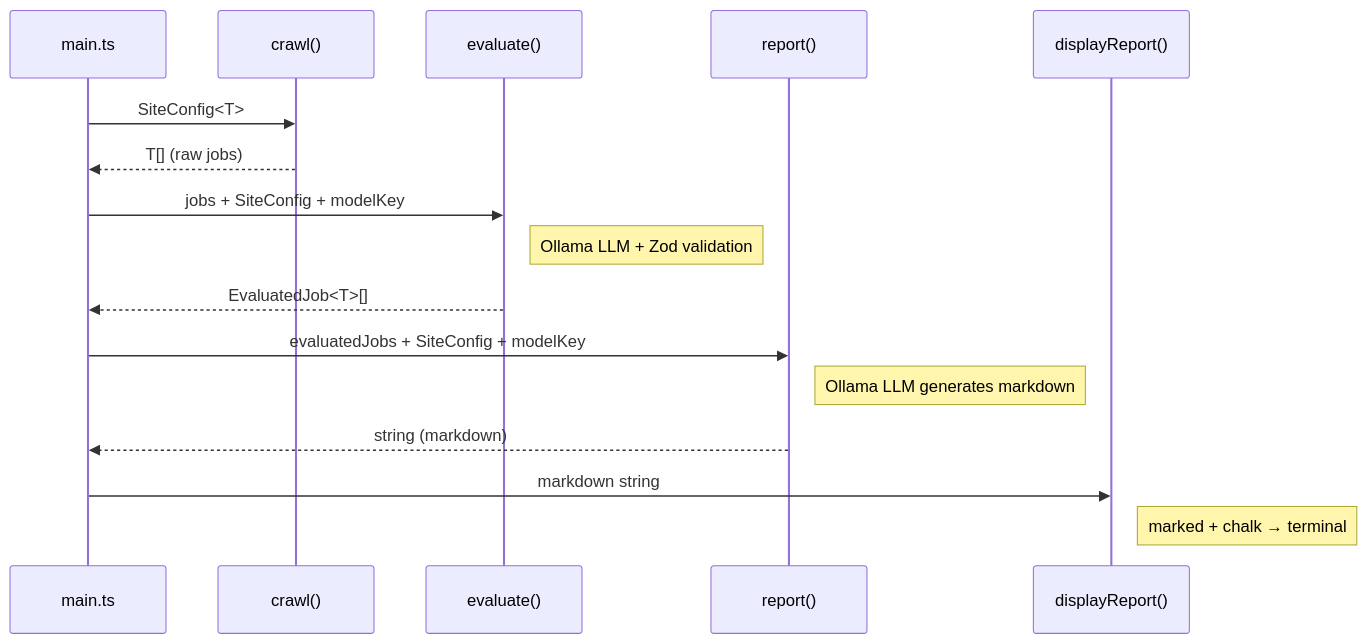
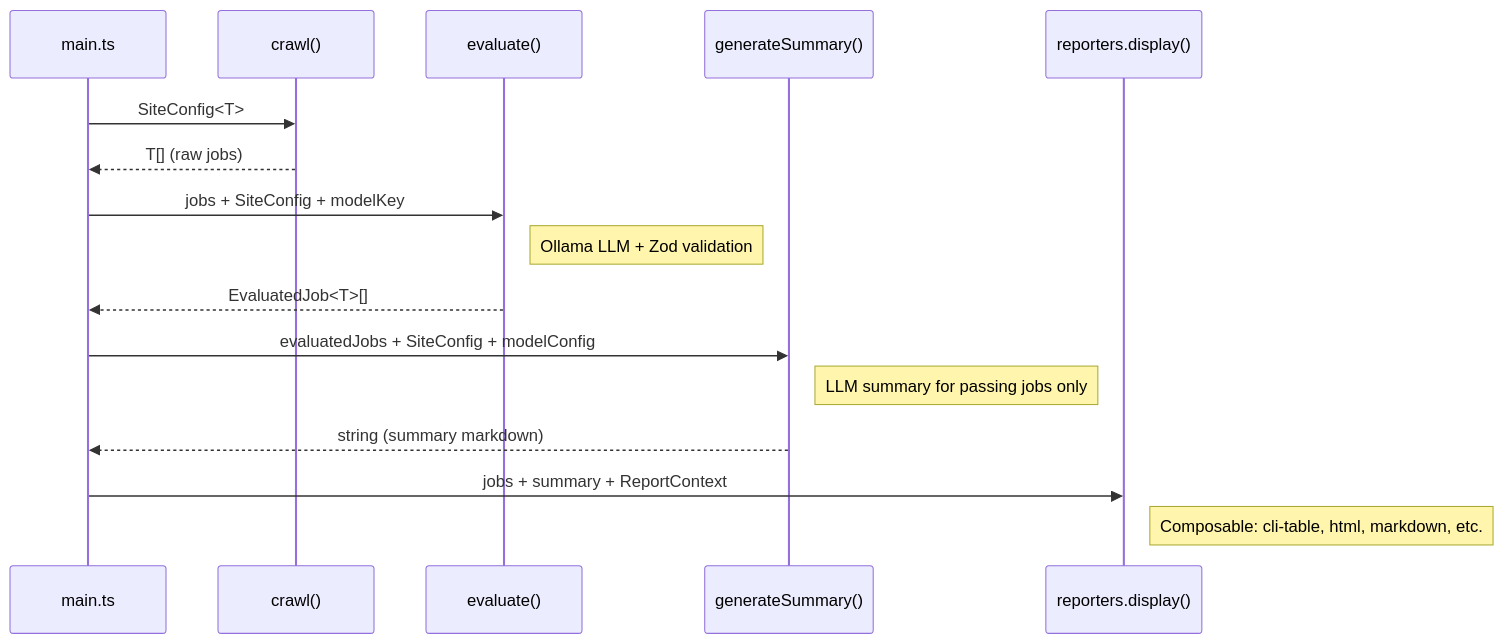
One commit to nightknighto/AI-powered-job-crawler changed the diagram in src/pipeline/README.md. Above: the diagram before and after it, drawn with Mermaid. The commit also changed other lines of this file and 24 other files, not shown here.

````diff
--- a/src/pipeline/README.md
+++ b/src/pipeline/README.md
@@ -55,19 +47,19 @@
 ```mermaid
 sequenceDiagram
     participant main as main.ts
     participant crawl as crawl()
     participant evaluate as evaluate()
-    participant report as report()
-    participant display as displayReport()
+    participant summarize as generateSummary()
+    participant reporters as reporters.display()
 
     main->>crawl: SiteConfig<T>
     crawl-->>main: T[] (raw jobs)
     main->>evaluate: jobs + SiteConfig + modelKey
     Note right of evaluate: Ollama LLM + Zod validation
     evaluate-->>main: EvaluatedJob<T>[]
-    main->>report: evaluatedJobs + SiteConfig + modelKey
-    Note right of report: Ollama LLM generates markdown
-    report-->>main: string (markdown)
-    main->>display: markdown string
-    Note right of display: marked + chalk → terminal
+    main->>summarize: evaluatedJobs + SiteConfig + modelConfig
+    Note right of summarize: LLM summary for passing jobs only
+    summarize-->>main: string (summary markdown)
+    main->>reporters: jobs + summary + ReportContext
+    Note right of reporters: Composable: cli-table, html, markdown, etc.
 ```
````
